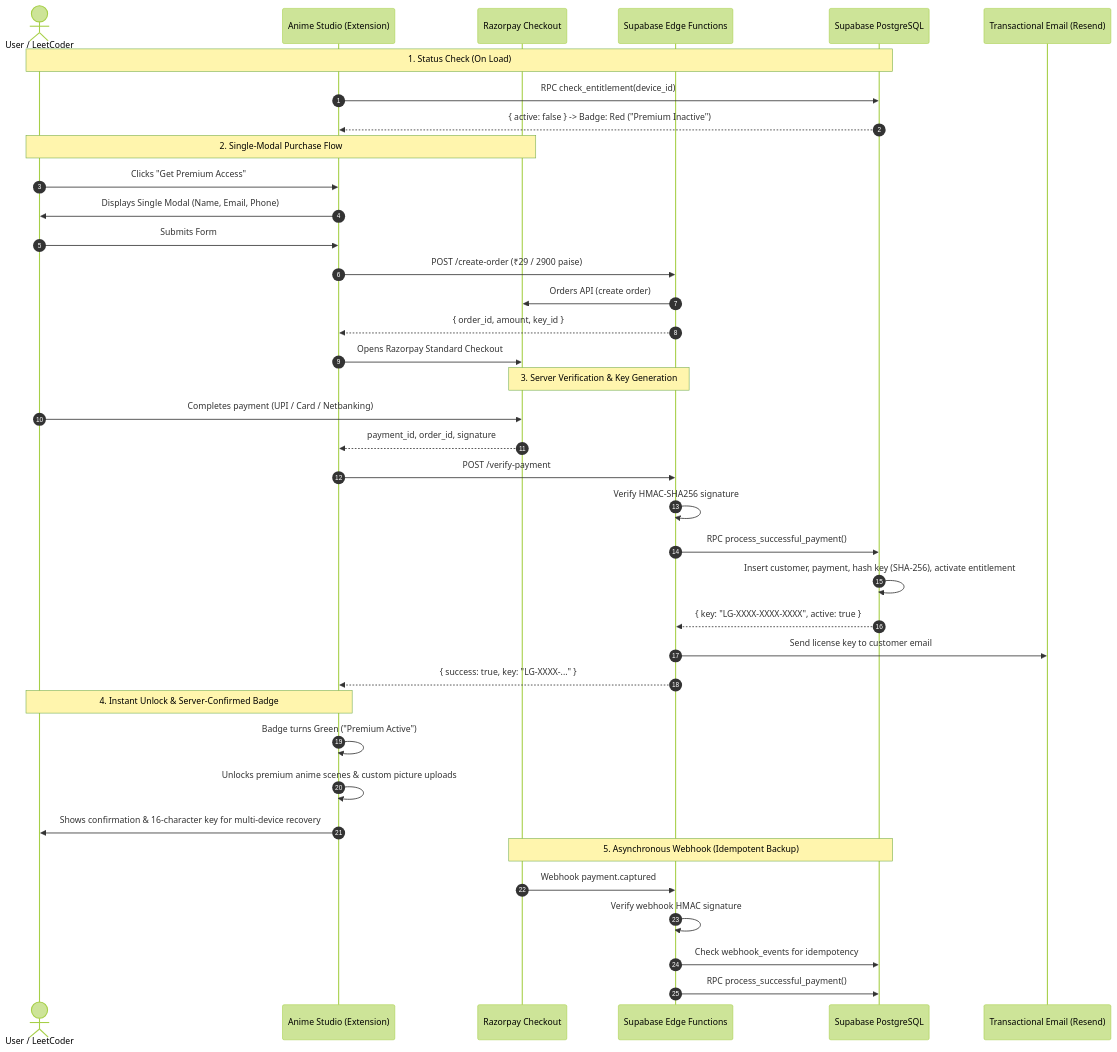
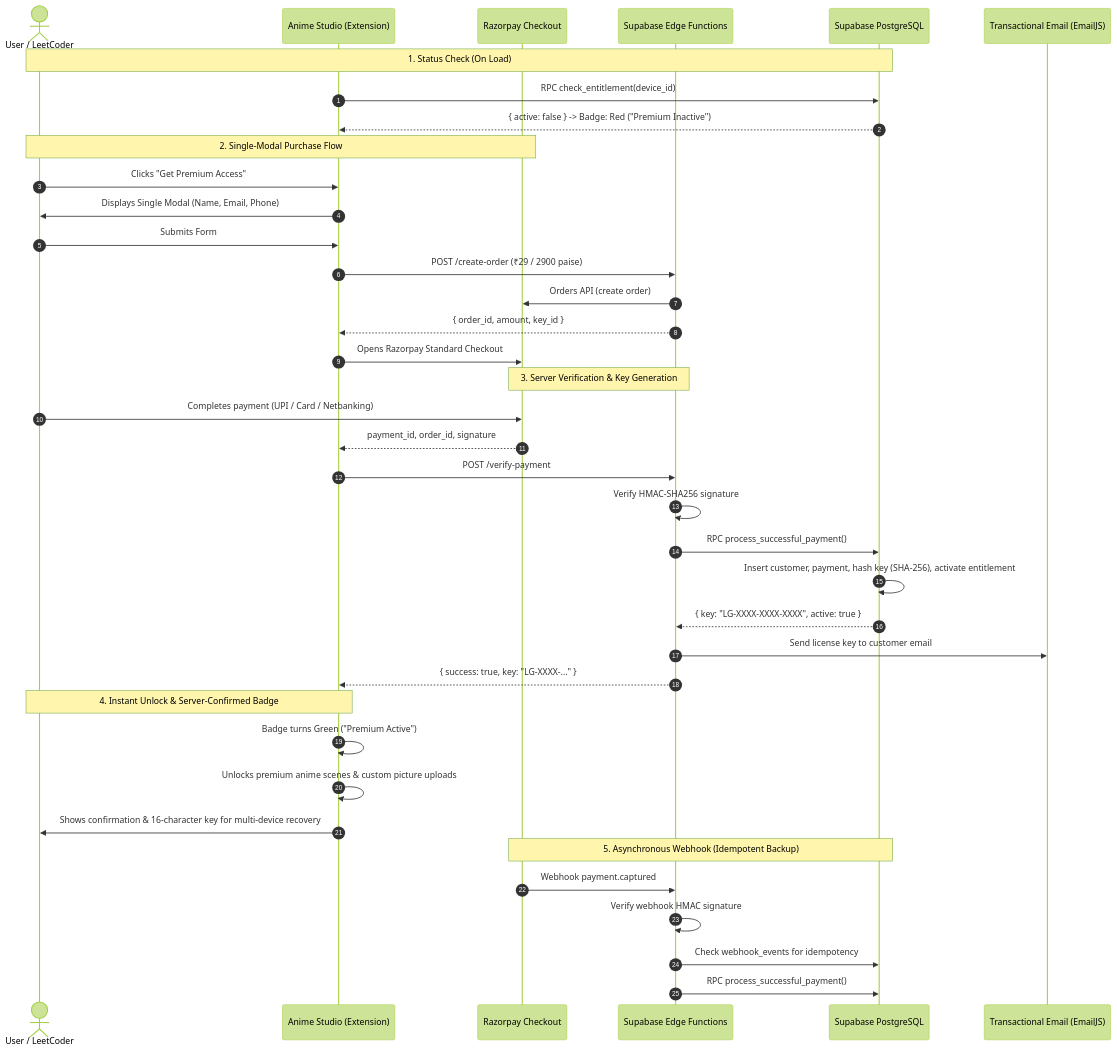
Before and after one commit to the-insane-iconic/LeetGlow: the diagram in PREMIUM_ARCHITECTURE.md, drawn with Mermaid (forest theme). The commit also changed other lines of this file and 4 other files, not shown here.

````diff
--- a/PREMIUM_ARCHITECTURE.md
+++ b/PREMIUM_ARCHITECTURE.md
@@ -9,45 +9,45 @@
 ```mermaid
 sequenceDiagram
     autonumber
     actor User as User / LeetCoder
     participant Ext as Anime Studio (Extension)
     participant Razorpay as Razorpay Checkout
     participant Edge as Supabase Edge Functions
     participant DB as Supabase PostgreSQL
-    participant Email as Transactional Email (Resend)
+    participant Email as Transactional Email (EmailJS)
 
     Note over User,DB: 1. Status Check (On Load)
     Ext->>DB: RPC check_entitlement(device_id)
     DB-->>Ext: { active: false } -> Badge: Red ("Premium Inactive")
 
     Note over User,Razorpay: 2. Single-Modal Purchase Flow
     User->>Ext: Clicks "Get Premium Access"
     Ext->>User: Displays Single Modal (Name, Email, Phone)
     User->>Ext: Submits Form
     Ext->>Edge: POST /create-order (₹29 / 2900 paise)
     Edge->>Razorpay: Orders API (create order)
     Edge-->>Ext: { order_id, amount, key_id }
     Ext->>Razorpay: Opens Razorpay Standard Checkout
 
     Note over Razorpay,Edge: 3. Server Verification & Key Generation
     User->>Razorpay: Completes payment (UPI / Card / Netbanking)
     Razorpay-->>Ext: payment_id, order_id, signature
     Ext->>Edge: POST /verify-payment
     Edge->>Edge: Verify HMAC-SHA256 signature
     Edge->>DB: RPC process_successful_payment()
     DB->>DB: Insert customer, payment, hash key (SHA-256), activate entitlement
     DB-->>Edge: { key: "LG-XXXX-XXXX-XXXX", active: true }
     Edge->>Email: Send license key to customer email
     Edge-->>Ext: { success: true, key: "LG-XXXX-..." }
 
     Note over Ext,User: 4. Instant Unlock & Server-Confirmed Badge
     Ext->>Ext: Badge turns Green ("Premium Active")
     Ext->>Ext: Unlocks premium anime scenes & custom picture uploads
     Ext->>User: Shows confirmation & 16-character key for multi-device recovery
 
     Note over Razorpay,DB: 5. Asynchronous Webhook (Idempotent Backup)
     Razorpay->>Edge: Webhook payment.captured
     Edge->>Edge: Verify webhook HMAC signature
     Edge->>DB: Check webhook_events for idempotency
     Edge->>DB: RPC process_successful_payment()
 ```
````
